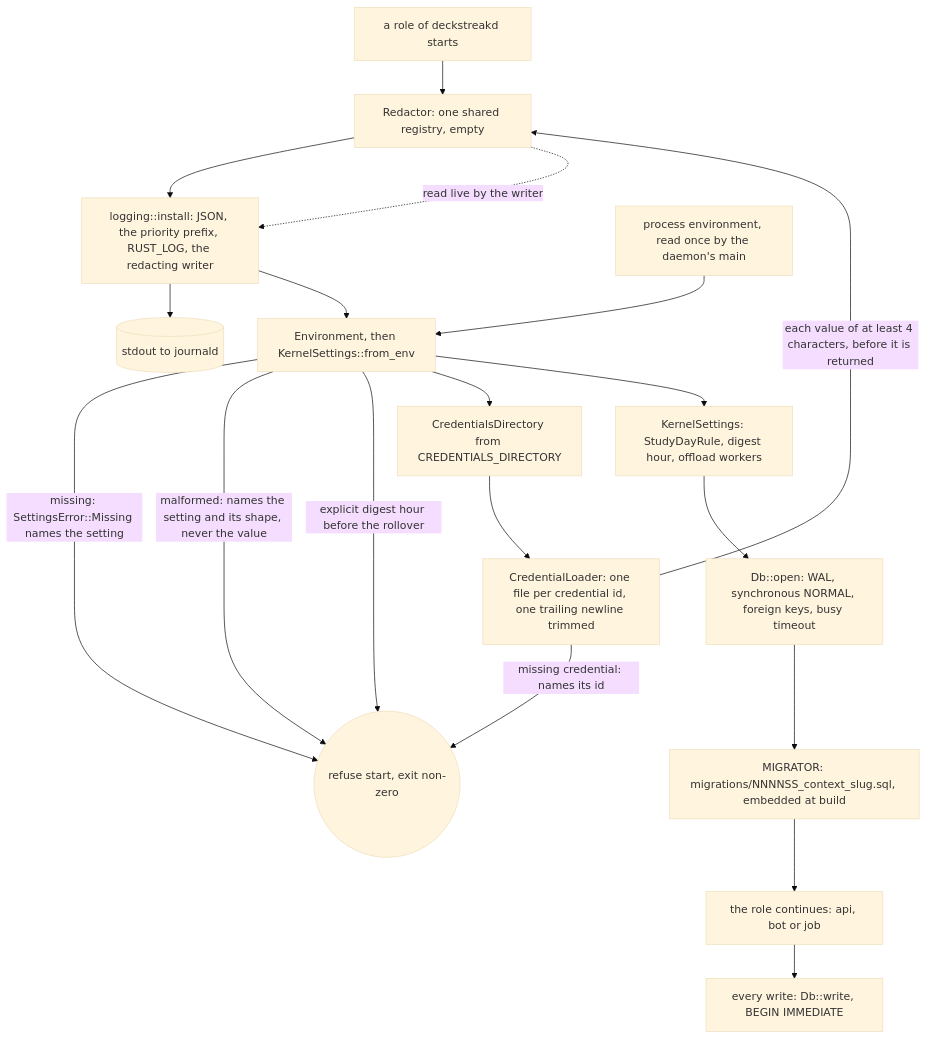
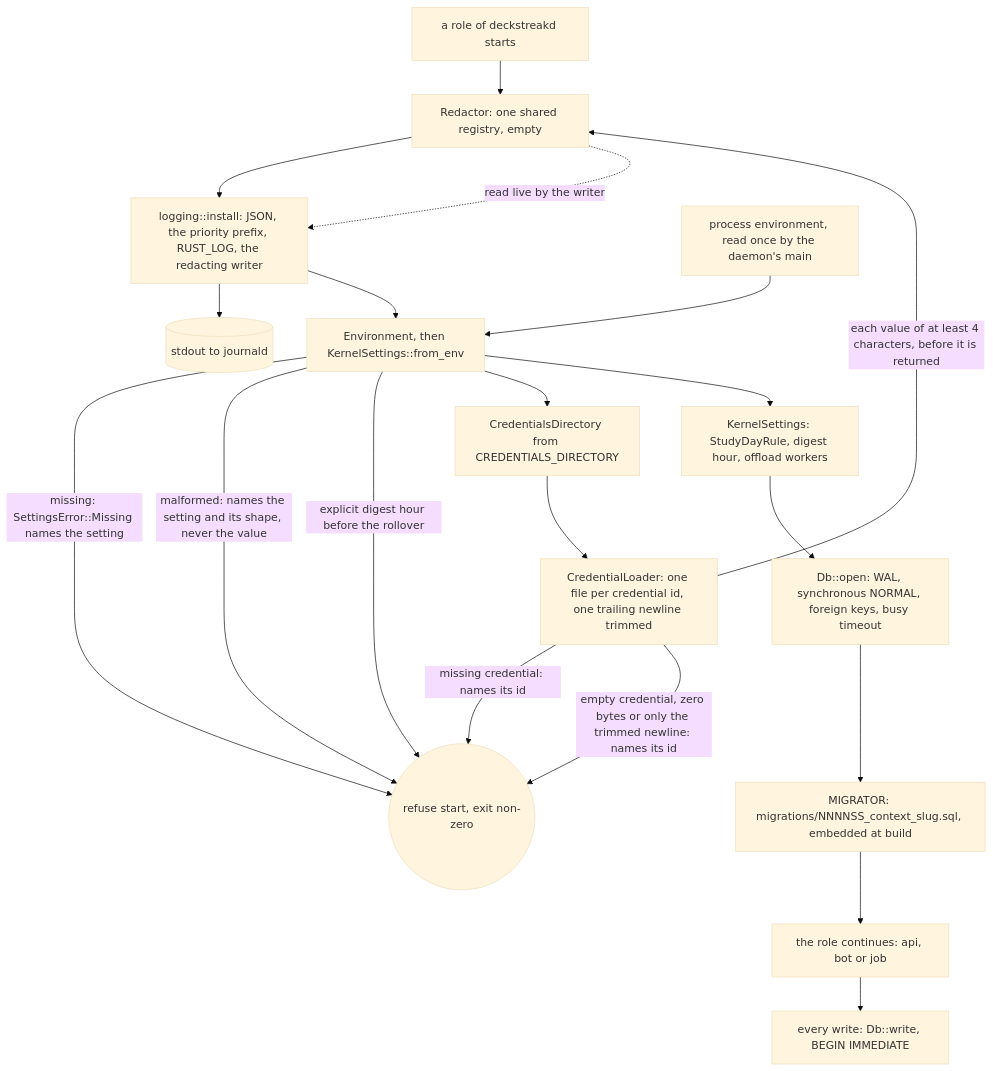
One commit to RexRenatus/deck-streak changed the diagram in docs/schematics/startup-settings-and-secrets.md. Above: the diagram before and after it, drawn with Mermaid (base theme). The commit also changed other lines of this file and 4 other files, not shown here.

````diff
--- a/docs/schematics/startup-settings-and-secrets.md
+++ b/docs/schematics/startup-settings-and-secrets.md
@@ -11,21 +12,22 @@
 ```mermaid
 flowchart TB
   start[a role of deckstreakd starts] --> redactor[Redactor: one shared registry, empty]
   redactor --> logging[logging::install: JSON, the priority prefix, RUST_LOG, the redacting writer]
   logging --> journal[(stdout to journald)]
   redactor -. read live by the writer .-> logging
   env[process environment, read once by the daemon's main] --> parse[Environment, then KernelSettings::from_env]
   logging --> parse
   parse -->|missing: SettingsError::Missing names the setting| refuse((refuse start, exit non-zero))
   parse -->|malformed: names the setting and its shape, never the value| refuse
   parse -->|explicit digest hour before the rollover| refuse
   parse --> directory[CredentialsDirectory from CREDENTIALS_DIRECTORY]
   directory --> loader[CredentialLoader: one file per credential id, one trailing newline trimmed]
   loader -->|missing credential: names its id| refuse
+  loader -->|empty credential, zero bytes or only the trimmed newline: names its id| refuse
   loader -->|each value of at least 4 characters, before it is returned| redactor
   parse --> settings[KernelSettings: StudyDayRule, digest hour, offload workers]
   settings --> db[Db::open: WAL, synchronous NORMAL, foreign keys, busy timeout]
   db --> migrate[MIGRATOR: migrations/NNNNSS_context_slug.sql, embedded at build]
   migrate --> ready[the role continues: api, bot or job]
   ready --> writes[every write: Db::write, BEGIN IMMEDIATE]
 ```
````
